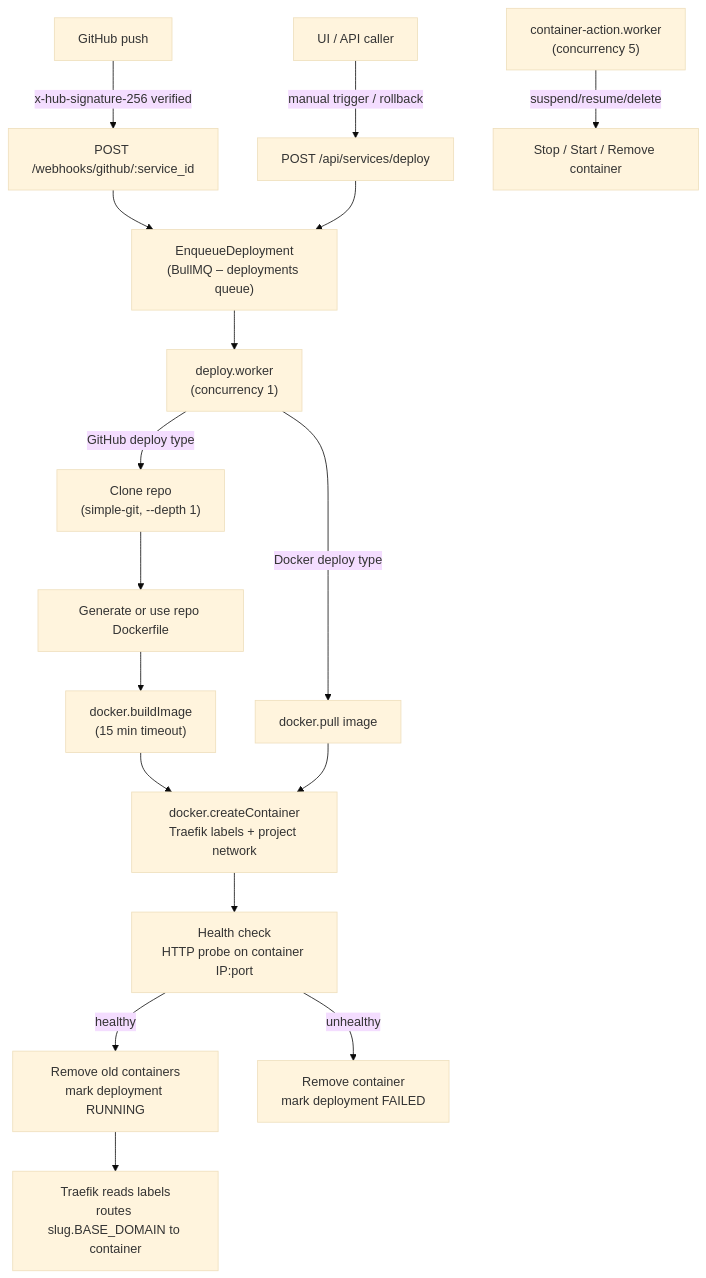
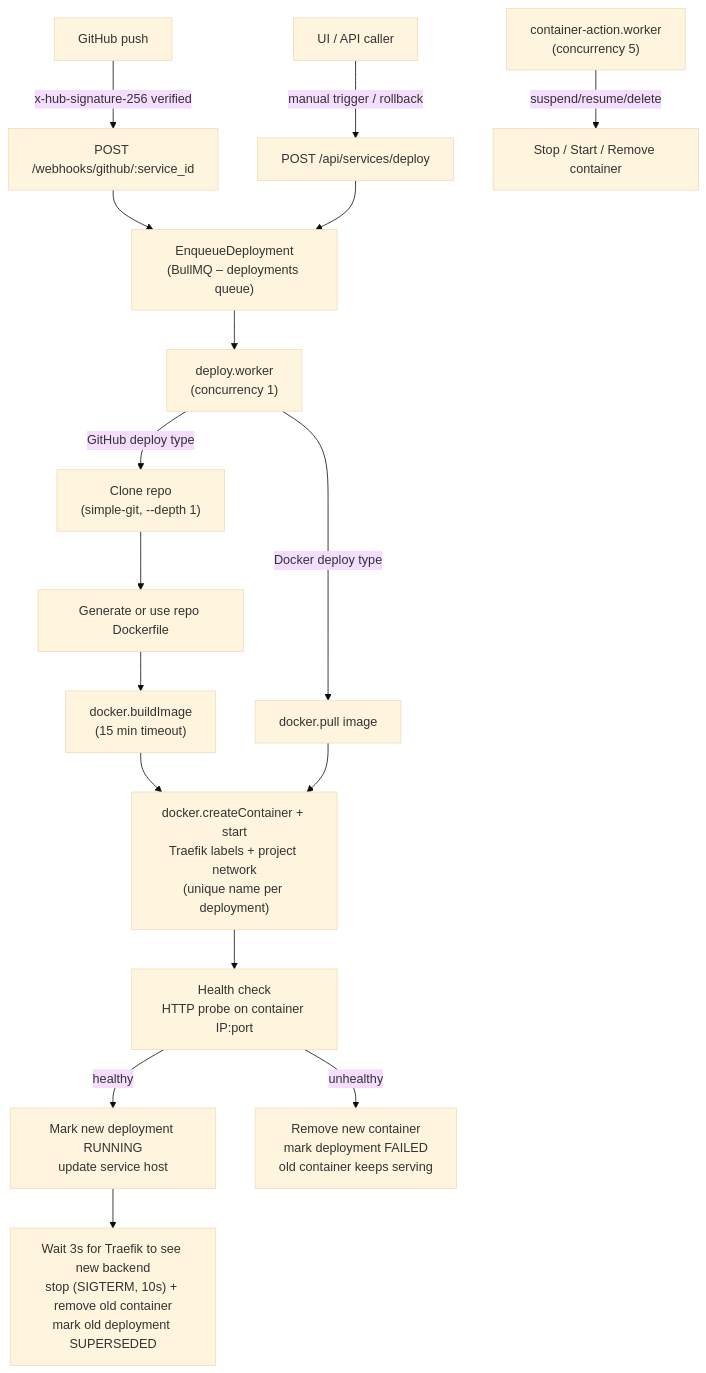
Before and after one commit to vickynot-10/DeployDock: the diagram in README.md, drawn with Mermaid (base theme). The commit also changed other lines of this file, not shown here.

````diff
--- a/README.md
+++ b/README.md
@@ -49,19 +50,19 @@
 ```mermaid
 flowchart TD
     A["GitHub push"] -->|"x-hub-signature-256 verified"| B["POST /webhooks/github/:service_id"]
     C["UI / API caller"] -->|"manual trigger / rollback"| D["POST /api/services/deploy"]
     B --> E["EnqueueDeployment\n(BullMQ – deployments queue)"]
     D --> E
     E --> F["deploy.worker\n(concurrency 1)"]
     F -->|"GitHub deploy type"| G["Clone repo\n(simple-git, --depth 1)"]
     F -->|"Docker deploy type"| H["docker.pull image"]
     G --> I["Generate or use repo Dockerfile"]
     I --> J["docker.buildImage\n(15 min timeout)"]
     J --> K
-    H --> K["docker.createContainer\nTraefik labels + project network"]
+    H --> K["docker.createContainer + start\nTraefik labels + project network\n(unique name per deployment)"]
     K --> L["Health check\nHTTP probe on container IP:port"]
-    L -->|"healthy"| M["Remove old containers\nmark deployment RUNNING"]
-    L -->|"unhealthy"| N["Remove container\nmark deployment FAILED"]
-    M --> O["Traefik reads labels\nroutes slug.BASE_DOMAIN to container"]
+    L -->|"healthy"| M["Mark new deployment RUNNING\nupdate service host"]
+    L -->|"unhealthy"| N["Remove new container\nmark deployment FAILED\nold container keeps serving"]
+    M --> O["Wait 3s for Traefik to see new backend\nstop (SIGTERM, 10s) + remove old container\nmark old deployment SUPERSEDED"]
     P["container-action.worker\n(concurrency 5)"] -->|"suspend/resume/delete"| Q["Stop / Start / Remove container"]
 ```
````
